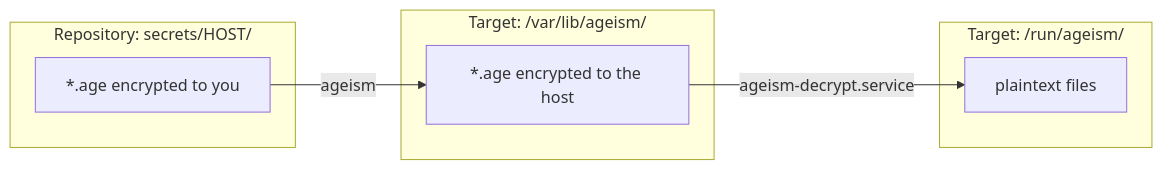
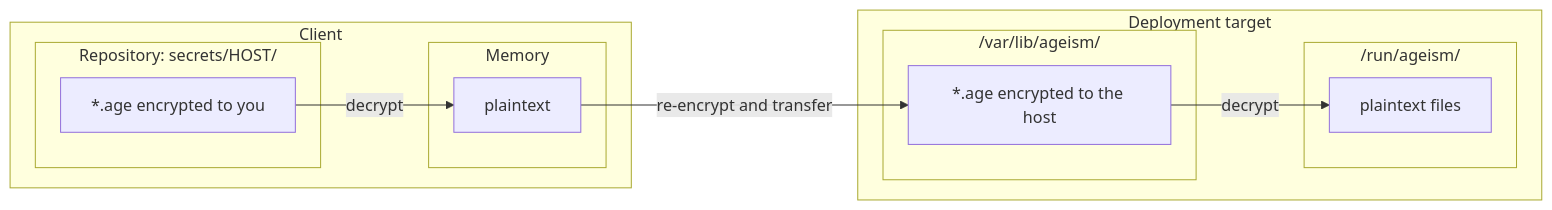
One commit to akirak/ageism changed the diagram in docs/guide/how-it-works.md. Above: the diagram before and after it, drawn with Mermaid. The commit also changed other lines of this file, not shown here.

Commit message:
docs: Show in-memory plaintext and group nodes by machine in the diagram

````diff
--- a/docs/guide/how-it-works.md
+++ b/docs/guide/how-it-works.md
@@ -5,14 +5,22 @@
 ```mermaid
 flowchart LR
-  subgraph repo["Repository: secrets/HOST/"]
-    src["*.age encrypted to you"]
+  subgraph client["Client"]
+    subgraph repo["Repository: secrets/HOST/"]
+      src["*.age encrypted to you"]
+    end
+    subgraph mem["Memory"]
+      tmp["plaintext"]
+    end
   end
-  subgraph lib["Target: /var/lib/ageism/"]
-    dep["*.age encrypted to the host"]
+  subgraph target["Deployment target"]
+    subgraph lib["/var/lib/ageism/"]
+      dep["*.age encrypted to the host"]
+    end
+    subgraph run["/run/ageism/"]
+      plain["plaintext files"]
+    end
   end
-  subgraph run["Target: /run/ageism/"]
-    plain["plaintext files"]
-  end
-  src -- "ageism" --> dep
-  dep -- "ageism-decrypt.service" --> plain
+  src -- "decrypt" --> tmp
+  tmp -- "re-encrypt and transfer" --> dep
+  dep -- "decrypt" --> plain
 ```
````
